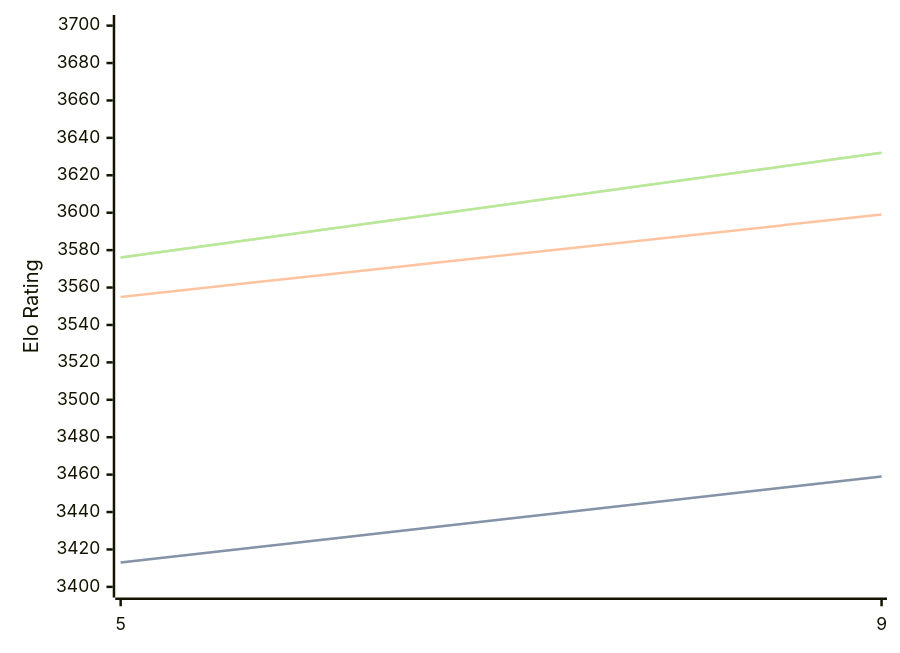
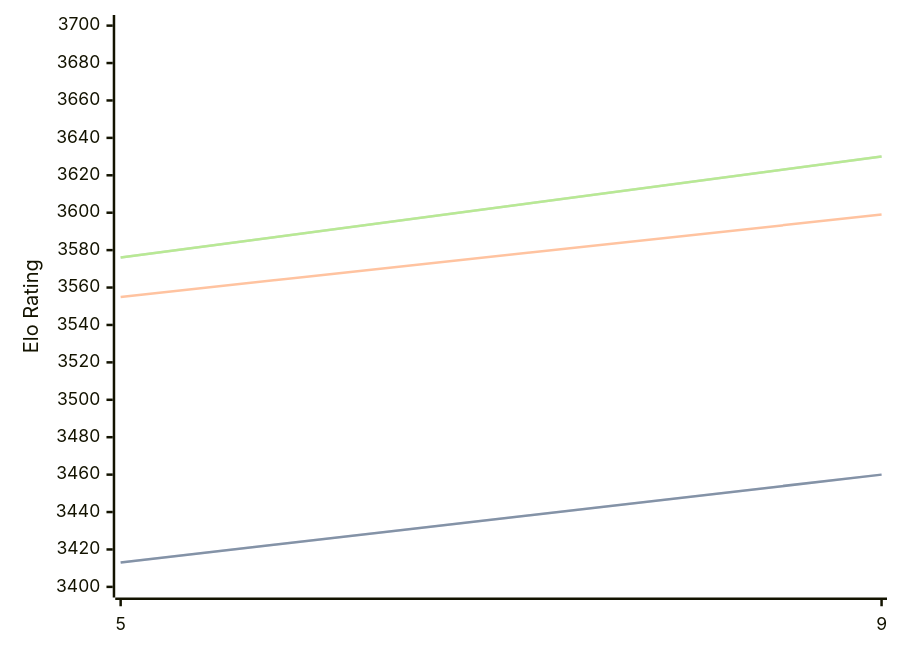
One commit to computer-chess-index/cci changed the diagram in engines/Crystal.md. Above: the diagram before and after it, drawn with Mermaid. The commit also changed other lines of this file, not shown here.

Commit message:
Update CCI Ratings (ELO VLTC) - 2026-03-18

````diff
--- a/engines/Crystal.md
+++ b/engines/Crystal.md
@@ -58,11 +58,11 @@
 ```mermaid
 %%{init: {"theme":"base","themeVariables":{"seriesColors:['#a3a3a3','#222221','#faa371']}}}%%
 xychart-beta
   x-axis ["5", "9"]
   y-axis "Elo Rating" 3400 --> 3700
-  line "STC (8.0+0.08s)" [3413, 3459]
-  line "STC (8.0+0.08s)" [3413, 3459]
+  line "STC (8.0+0.08s)" [3413, 3460]
+  line "STC (8.0+0.08s)" [3413, 3460]
   line "LTC (60.0+0.60s)" [3555, 3599]
-  line "VLTC (2m24s+1.12s)" [3576, 3632]
-  line "VLTC (2m24s+1.12s)" [3576, 3632]
+  line "VLTC (2m24s+1.12s)" [3576, 3630]
+  line "VLTC (2m24s+1.12s)" [3576, 3630]
 ```
````
